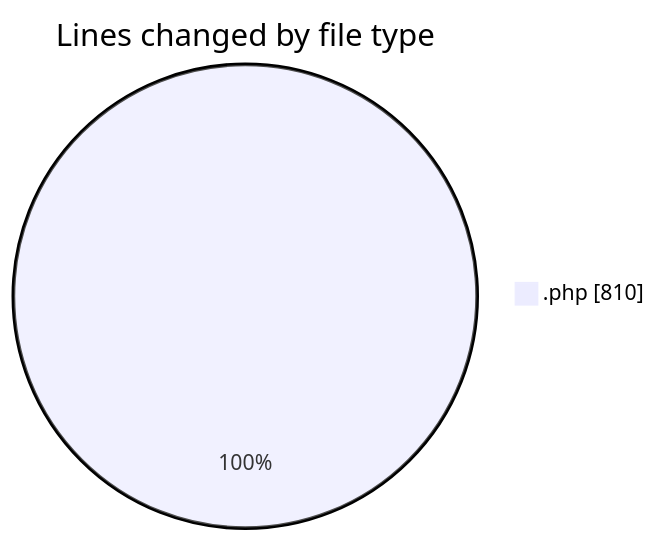
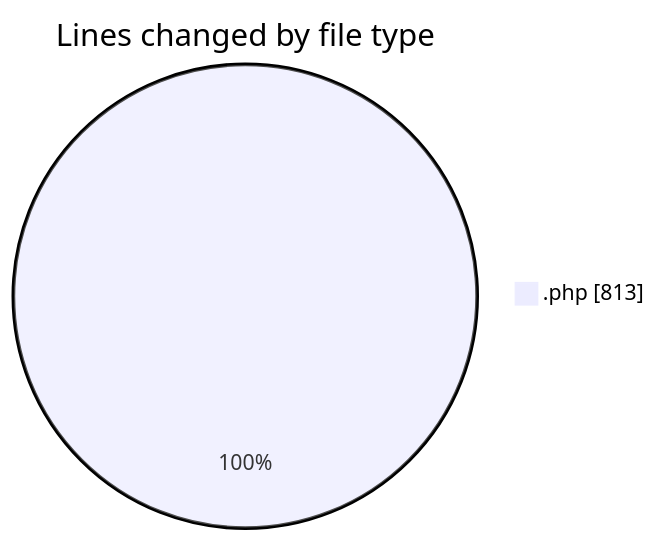
One commit to LanceThiago/code-tracking changed the first of 2 diagrams in 2026-08-27/oficina/README.md. Above: the diagram before and after it, drawn with Mermaid. The commit also changed other lines of this file and 1 other file, not shown here.

````diff
--- a/2026-08-27/oficina/README.md
+++ b/2026-08-27/oficina/README.md
@@ -21,5 +21,5 @@
 ```mermaid
 pie showData
 title Lines changed by file type
-".php" : 810
+".php" : 813
 ```
````
